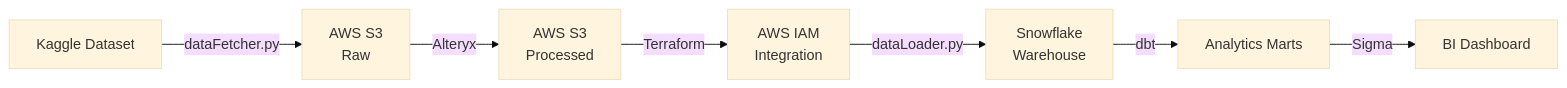
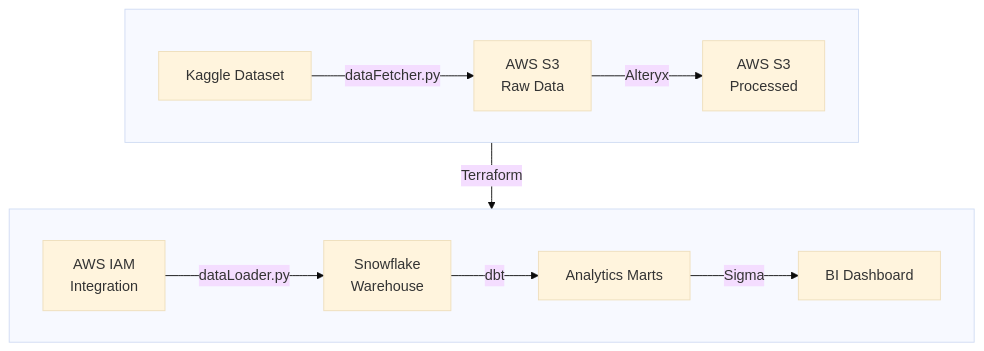
One commit to r0han01/supplyChainDataOps changed the diagram in README.md. Above: the diagram before and after it, drawn with Mermaid (base theme).

Commit message:
Make mermaid diagram U-shaped for better visibility

````diff
--- a/README.md
+++ b/README.md
@@ -27,9 +27,15 @@
 ```mermaid
-graph LR
-    A[Kaggle Dataset] -->|dataFetcher.py| B[AWS S3<br/>Raw]
-    B -->|Alteryx| C[AWS S3<br/>Processed]
+graph TB
+    subgraph top[" "]
+        direction LR
+        A[Kaggle Dataset] -->|dataFetcher.py| B[AWS S3<br/>Raw Data]
+        B -->|Alteryx| C[AWS S3<br/>Processed]
+    end
     C -->|Terraform| D[AWS IAM<br/>Integration]
-    D -->|dataLoader.py| E[Snowflake<br/>Warehouse]
-    E -->|dbt| F[Analytics Marts]
-    F -->|Sigma| G[BI Dashboard]
+    subgraph bottom[" "]
+        direction LR
+        D -->|dataLoader.py| E[Snowflake<br/>Warehouse]
+        E -->|dbt| F[Analytics Marts]
+        F -->|Sigma| G[BI Dashboard]
+    end
 ```
````
